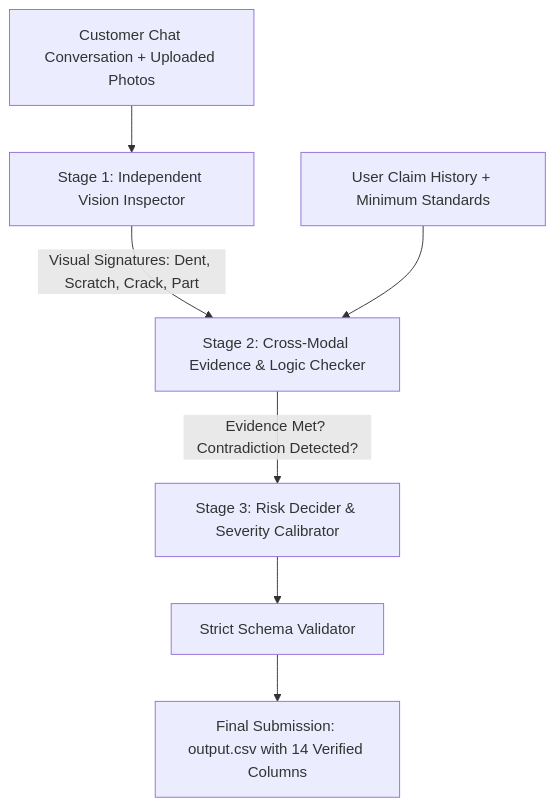
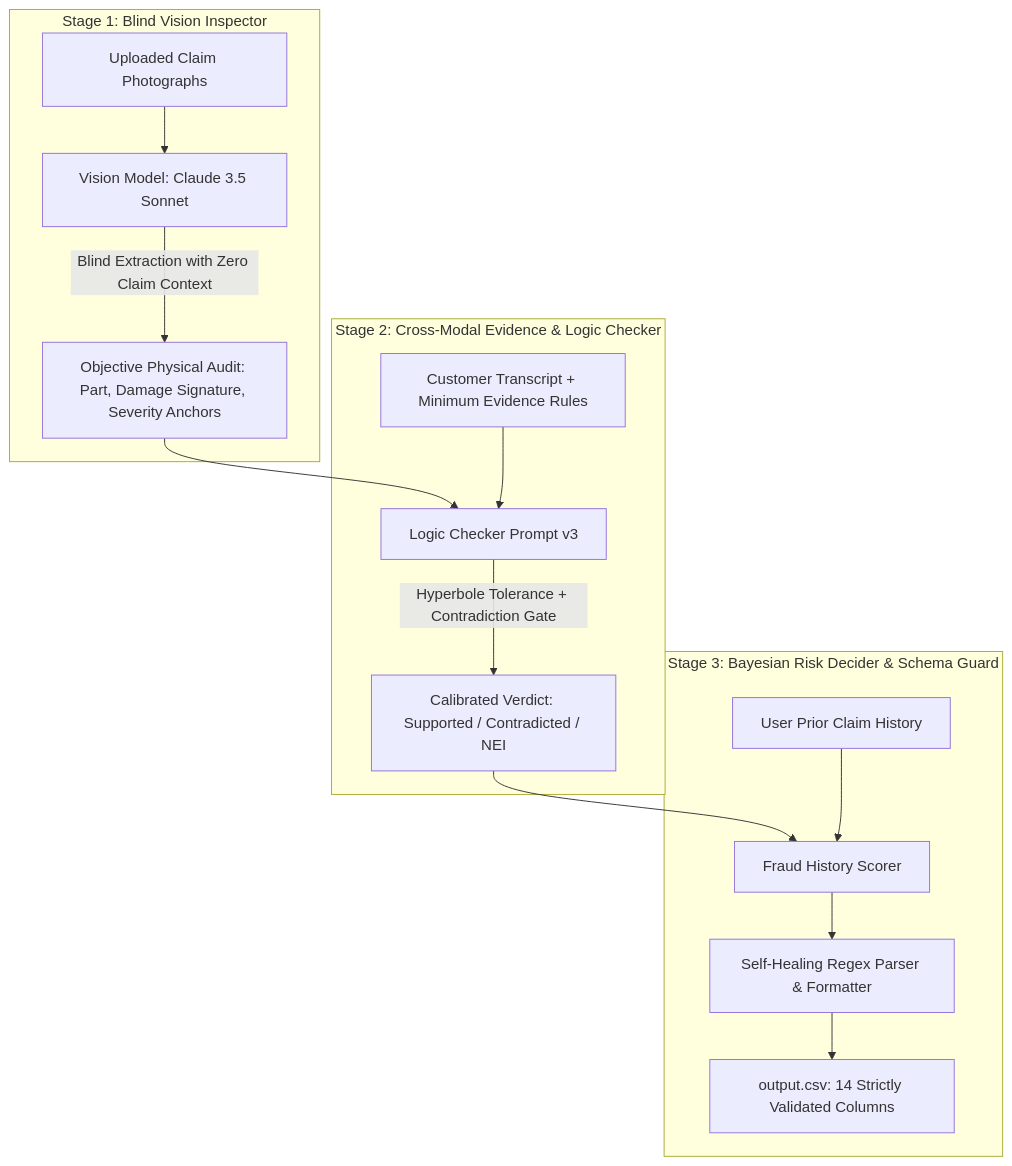
The diagram in README.md (sawan-ade/hackerrank-orchestrate-june26), drawn with Mermaid before and after one commit. The commit also changed other lines of this file, not shown here.

Commit message:
docs: humanize README with 24h sprint reflections, what I learnt, and verified rank

````diff
--- a/README.md
+++ b/README.md
@@ -29,9 +47,20 @@
 ```mermaid
 flowchart TD
-    A[Customer Chat Conversation + Uploaded Photos] --> B[Stage 1: Independent Vision Inspector]
-    B -->|Visual Signatures: Dent, Scratch, Crack, Part| C[Stage 2: Cross-Modal Evidence & Logic Checker]
-    D[User Claim History + Minimum Standards] --> C
-    C -->|Evidence Met? Contradiction Detected?| E[Stage 3: Risk Decider & Severity Calibrator]
-    E --> F[Strict Schema Validator]
-    F --> G[Final Submission: output.csv with 14 Verified Columns]
+    subgraph S1 [Stage 1: Blind Vision Inspector]
+        A[Uploaded Claim Photographs] --> B[Vision Model: Claude 3.5 Sonnet]
+        B -->|Blind Extraction with Zero Claim Context| C[Objective Physical Audit: Part, Damage Signature, Severity Anchors]
+    end
+
+    subgraph S2 [Stage 2: Cross-Modal Evidence & Logic Checker]
+        C --> D[Logic Checker Prompt v3]
+        E[Customer Transcript + Minimum Evidence Rules] --> D
+        D -->|Hyperbole Tolerance + Contradiction Gate| F[Calibrated Verdict: Supported / Contradicted / NEI]
+    end
+
+    subgraph S3 [Stage 3: Bayesian Risk Decider & Schema Guard]
+        F --> G[Fraud History Scorer]
+        H[User Prior Claim History] --> G
+        G --> I[Self-Healing Regex Parser & Formatter]
+        I --> J[output.csv: 14 Strictly Validated Columns]
+    end
 ```
````
